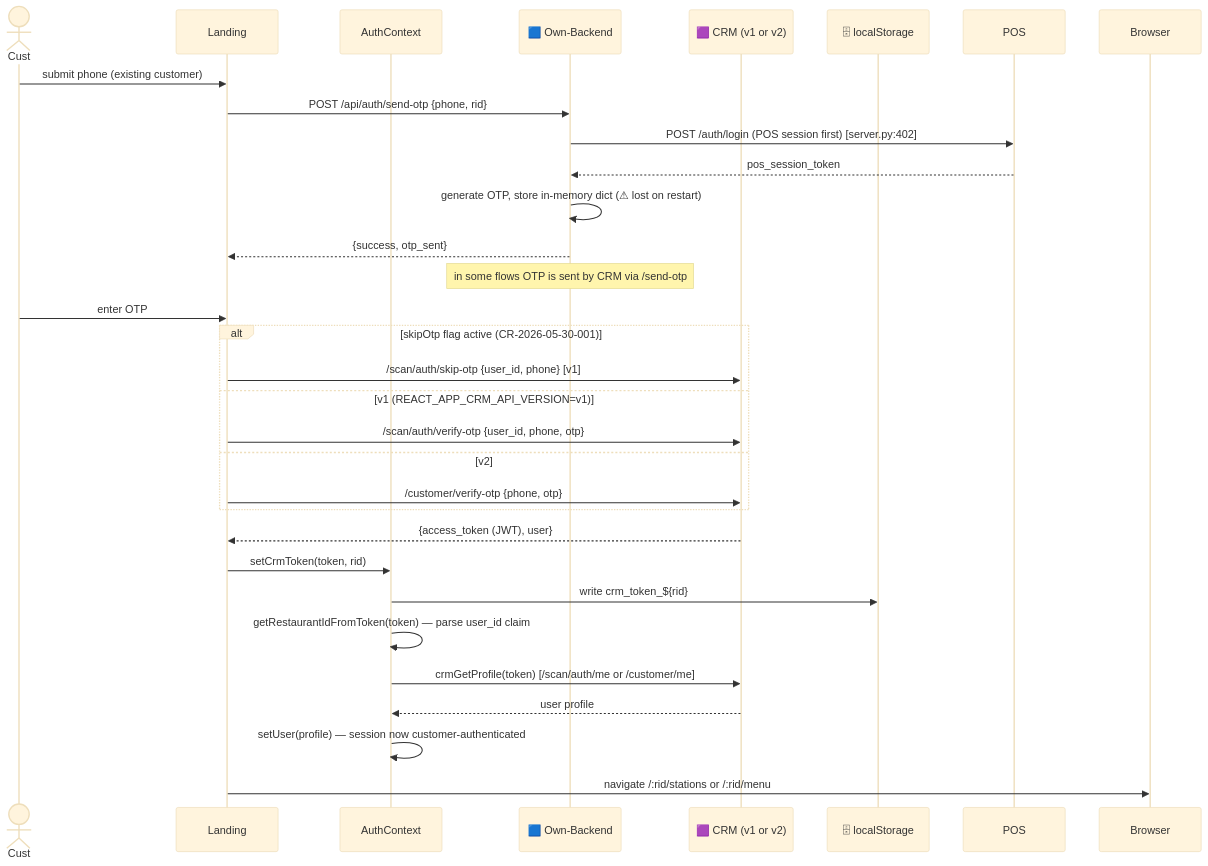
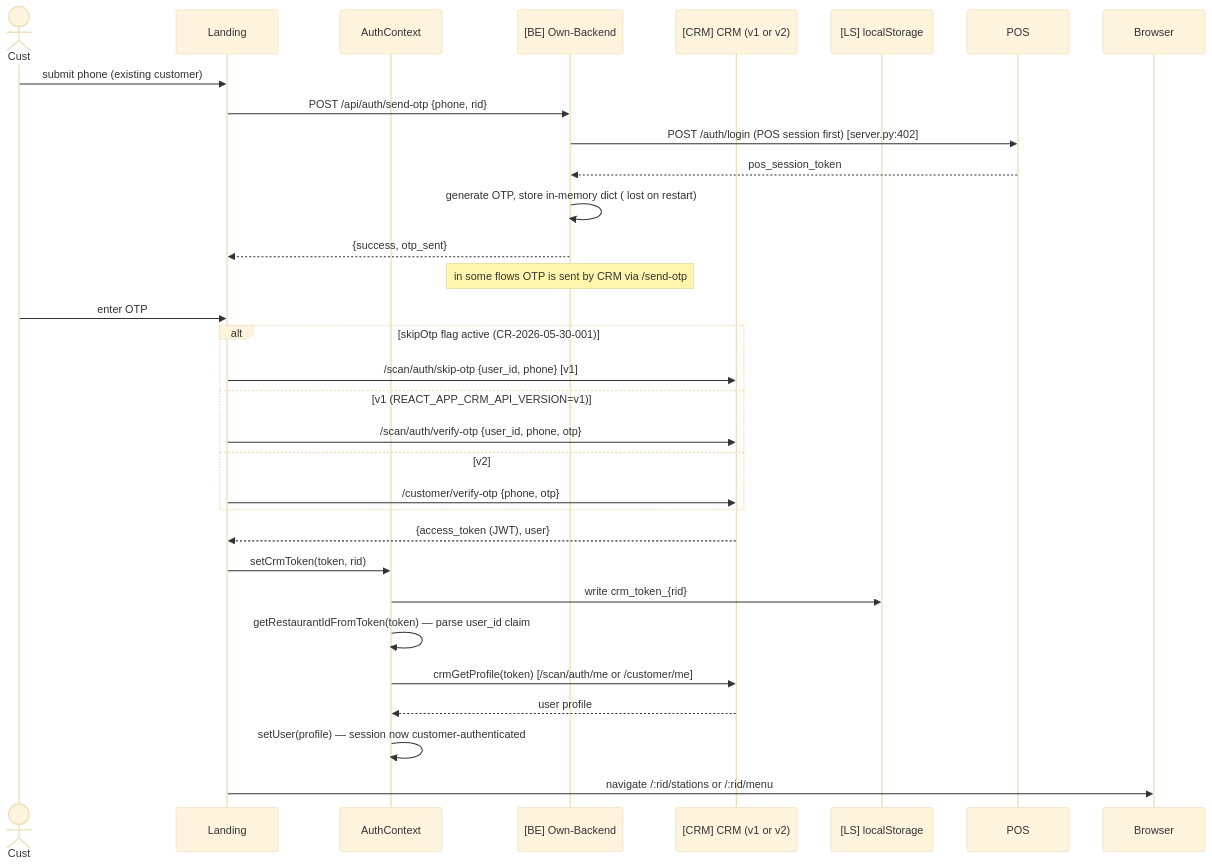
Before and after one commit to Abhi-mygenie/customer-app5th-march: the second of 9 diagrams in memory_repo/current-state/DATA_FLOW_DIAGRAM_2026-02.md, drawn with Mermaid (base theme). The commit also changed other lines of this file and 3 other files, not shown here.

````diff
--- a/memory_repo/current-state/DATA_FLOW_DIAGRAM_2026-02.md
+++ b/memory_repo/current-state/DATA_FLOW_DIAGRAM_2026-02.md
@@ -73,35 +73,35 @@
 ```mermaid
 sequenceDiagram
     actor Cust
     participant Landing
     participant Auth as AuthContext
-    participant BE as 🟦 Own-Backend
-    participant CRM as 🟪 CRM (v1 or v2)
-    participant LS as 🗄 localStorage
+    participant BE as [BE] Own-Backend
+    participant CRM as [CRM] CRM (v1 or v2)
+    participant LS as [LS] localStorage
 
     Cust->>Landing: submit phone (existing customer)
     Landing->>BE: POST /api/auth/send-otp {phone, rid}
     BE->>POS: POST /auth/login (POS session first) [server.py:402]
     POS-->>BE: pos_session_token
-    BE->>BE: generate OTP, store in-memory dict (⚠ lost on restart)
+    BE->>BE: generate OTP, store in-memory dict ( lost on restart)
     BE-->>Landing: {success, otp_sent}
     Note over BE: in some flows OTP is sent by CRM via /send-otp
 
     Cust->>Landing: enter OTP
     alt skipOtp flag active (CR-2026-05-30-001)
         Landing->>CRM: /scan/auth/skip-otp {user_id, phone} [v1]
     else v1 (REACT_APP_CRM_API_VERSION=v1)
         Landing->>CRM: /scan/auth/verify-otp {user_id, phone, otp}
     else v2
         Landing->>CRM: /customer/verify-otp {phone, otp}
     end
     CRM-->>Landing: {access_token (JWT), user}
 
     Landing->>Auth: setCrmToken(token, rid)
-    Auth->>LS: write crm_token_${rid}
+    Auth->>LS: write crm_token_{rid}
     Auth->>Auth: getRestaurantIdFromToken(token) — parse user_id claim
     Auth->>CRM: crmGetProfile(token) [/scan/auth/me or /customer/me]
     CRM-->>Auth: user profile
     Auth->>Auth: setUser(profile) — session now customer-authenticated
     Landing->>Browser: navigate /:rid/stations or /:rid/menu
 ```
````
